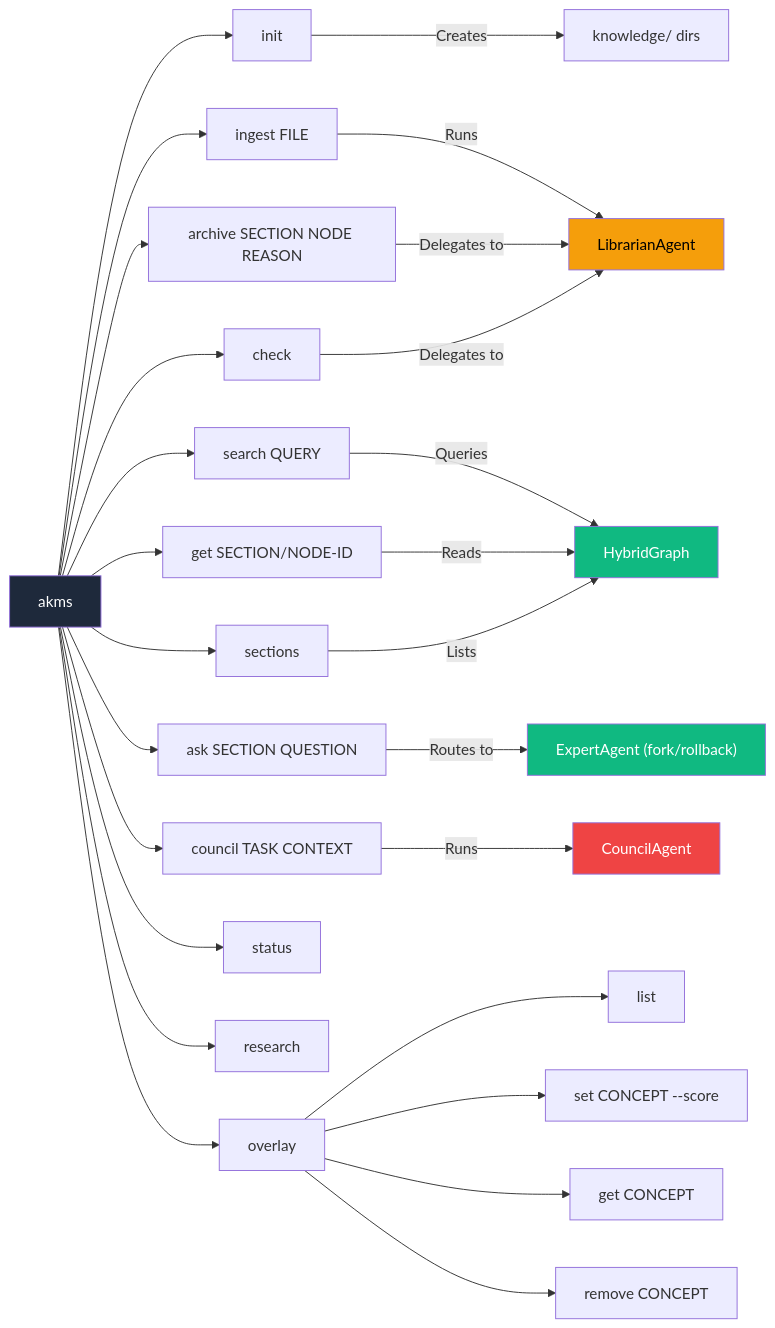
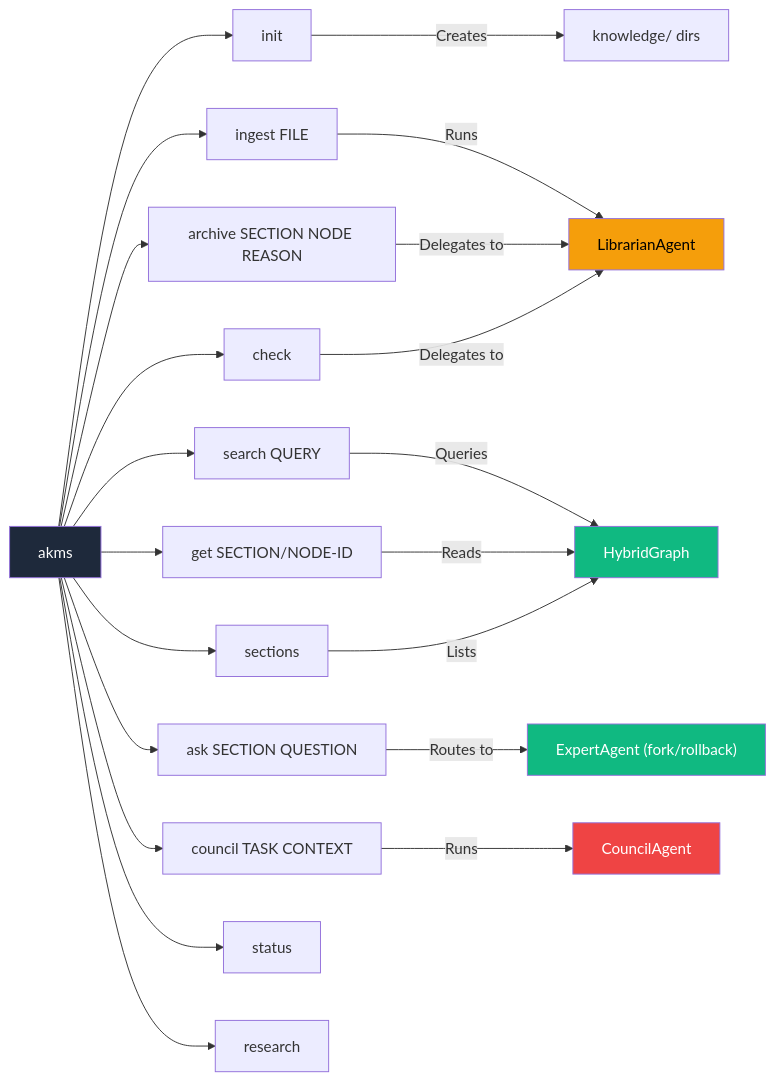
Diagram 13 of 17 in how-this-works.md (TheRealOP/Agent-Knowledge-Management-System), drawn with Mermaid before and after one commit. The commit also changed other lines of this file and 3 other files, not shown here.

````diff
--- a/how-this-works.md
+++ b/how-this-works.md
@@ -534,38 +529,32 @@
 ```mermaid
 flowchart LR
     CLI["akms"]
 
     CLI --> init["init"]
     CLI --> ingest["ingest FILE"]
     CLI --> search["search QUERY"]
     CLI --> ask["ask SECTION QUESTION"]
     CLI --> get["get SECTION/NODE-ID"]
     CLI --> sections["sections"]
     CLI --> archive["archive SECTION NODE REASON"]
     CLI --> check["check"]
     CLI --> council["council TASK CONTEXT"]
     CLI --> status["status"]
     CLI --> research["research"]
-    CLI --> overlay["overlay"]
-
-    overlay --> olist["list"]
-    overlay --> oset["set CONCEPT --score"]
-    overlay --> oget["get CONCEPT"]
-    overlay --> orem["remove CONCEPT"]
 
     init -->|"Creates"| Dirs["knowledge/ dirs"]
     ingest -->|"Runs"| Librarian["LibrarianAgent"]
     search -->|"Queries"| KG["HybridGraph"]
     ask -->|"Routes to"| Expert["ExpertAgent (fork/rollback)"]
     get -->|"Reads"| KG
     sections -->|"Lists"| KG
     archive -->|"Delegates to"| Librarian
     check -->|"Delegates to"| Librarian
     council -->|"Runs"| CouncilAgent["CouncilAgent"]
 
     style CLI fill:#1e293b,color:#fff
     style Expert fill:#10b981,color:#fff
     style Librarian fill:#f59e0b,color:#000
     style CouncilAgent fill:#ef4444,color:#fff
     style KG fill:#10b981,color:#fff
 ```
````
